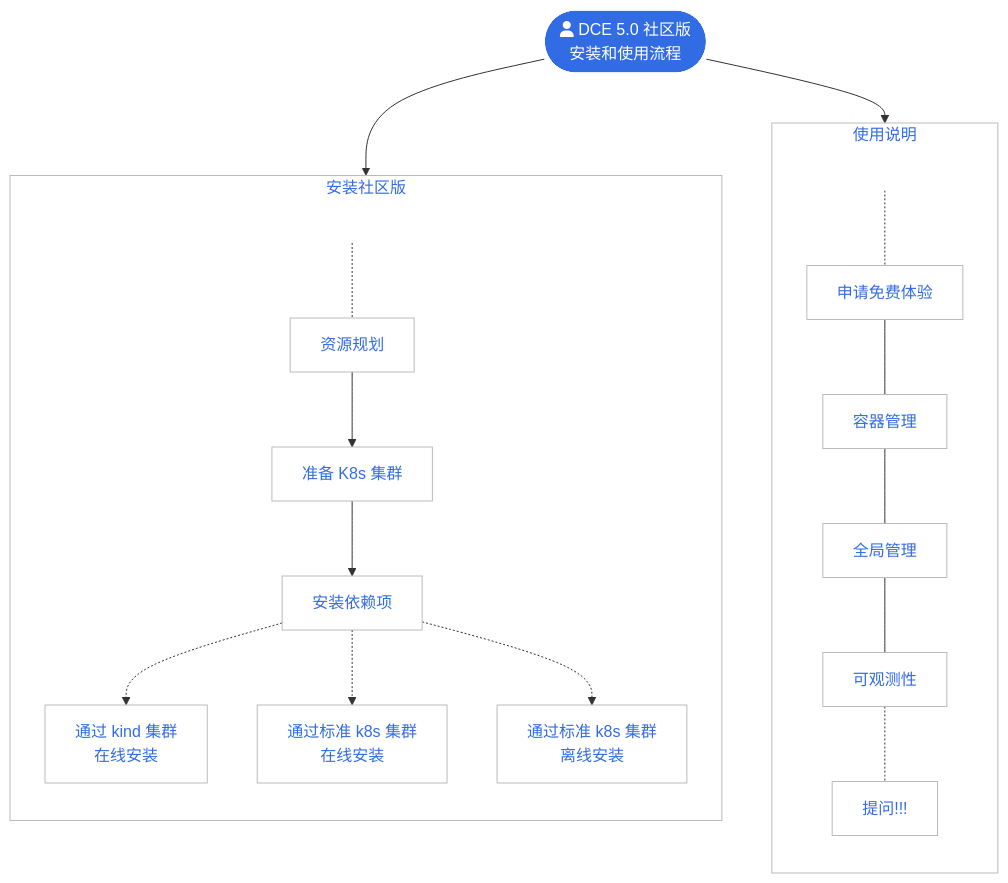
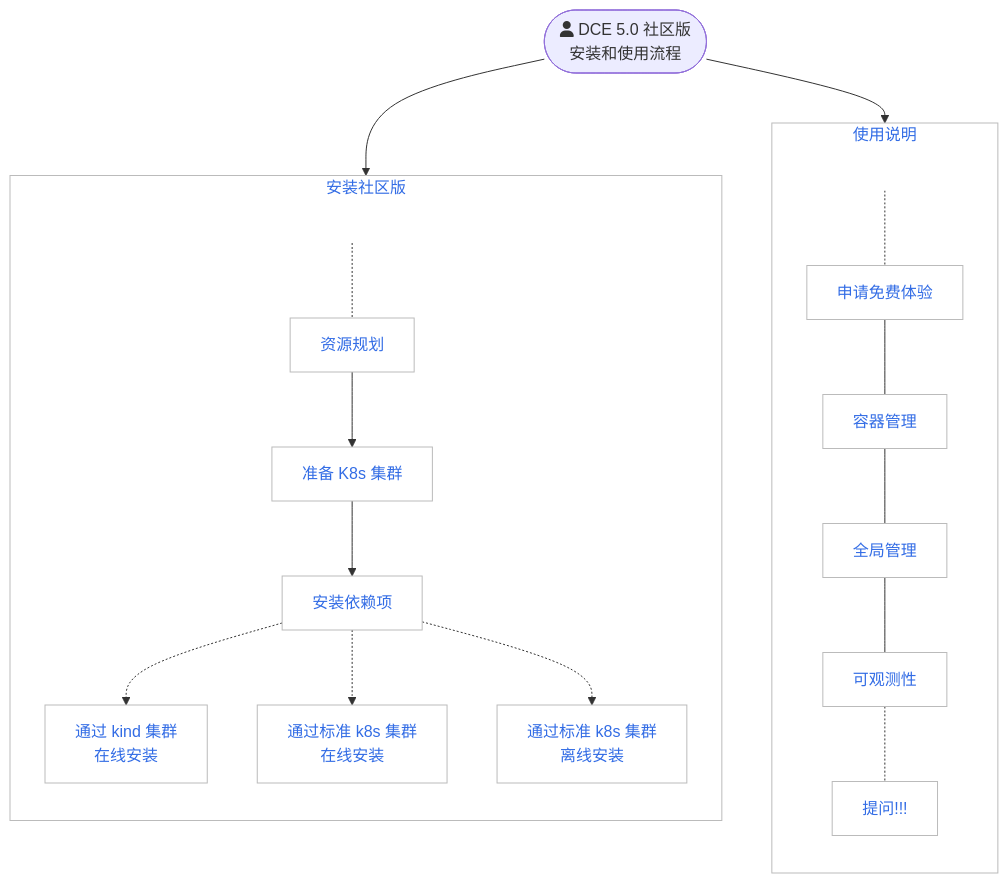
One commit to DaoCloud/DaoCloud-docs changed the first of 2 diagrams in docs/zh/docs/install/index.md. Above: the diagram before and after it, drawn with Mermaid. The commit also changed other lines of this file and 24 other files, not shown here.

````diff
--- a/docs/zh/docs/install/index.md
+++ b/docs/zh/docs/install/index.md
@@ -58,48 +58,47 @@
 ```mermaid
 flowchart TB
 
 subgraph second[使用说明]
     direction TB
     U[ ] -.-
     free[申请免费体验] --- kpanda[容器管理]
     kpanda --- ghippo[全局管理]
     ghippo --- insight[可观测性]
     insight -.- ask[提问!!!]
 end
 
 subgraph first[安装社区版]
     direction TB
     S[ ] -.-
     plan[资源规划] --> k8s[准备 K8s 集群]
     k8s --> tools[安装依赖项]
     tools -.-> kind[通过 kind 集群<br>在线安装]
     tools -.-> s1[通过标准 k8s 集群<br>在线安装]
     tools -.-> s2[通过标准 k8s 集群<br>离线安装]
 end
 
 start([fa:fa-user DCE 5.0 社区版<br>安装和使用流程]) --> first
 start --> second
 
 classDef grey fill:#dddddd,stroke:#ffffff,stroke-width:px,color:#000000, font-size:15px;
 classDef white fill:#ffffff,stroke:#000,stroke-width:px,color:#000,font-weight:bold
 classDef spacewhite fill:#ffffff,stroke:#fff,stroke-width:0px,color:#000
 classDef plain fill:#ddd,stroke:#fff,stroke-width:1px,color:#000;
 classDef k8s fill:#326ce5,stroke:#fff,stroke-width:1px,color:#fff;
 classDef cluster fill:#fff,stroke:#bbb,stroke-width:1px,color:#326ce5;
 
 class plan,k8s,tools,kind,s1,s2,kpanda,ghippo,insight,free,ask cluster;
-class start k8s
 class S,U spacewhite
 
 click plan "https://docs.daocloud.io/install/community/resources.html"
 click k8s "https://docs.daocloud.io/install/community/kind/online.html#kind"
 click tools "https://docs.daocloud.io/install/install-tools.html"
 click kind "https://docs.daocloud.io/install/community/kind/online.html"
 click s1 "https://docs.daocloud.io/install/community/k8s/online.html"
 click s2 "https://docs.daocloud.io/install/community/k8s/offline.html"
 click kpanda "https://docs.daocloud.io/kpanda/intro/index.html"
 click ghippo "https://docs.daocloud.io/ghippo/intro/index.html"
 click insight "https://docs.daocloud.io/insight/intro/index.html"
 click free "https://docs.daocloud.io/dce/license0.html"
 click ask "https://docs.daocloud.io/install/index.html#_4"
 ```
````
